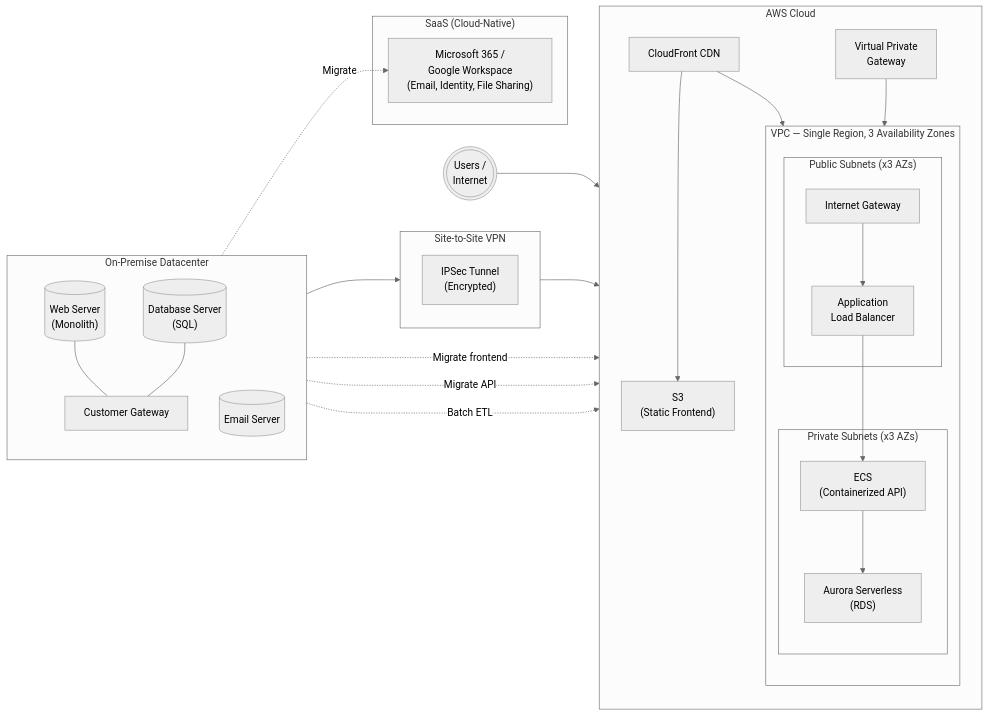
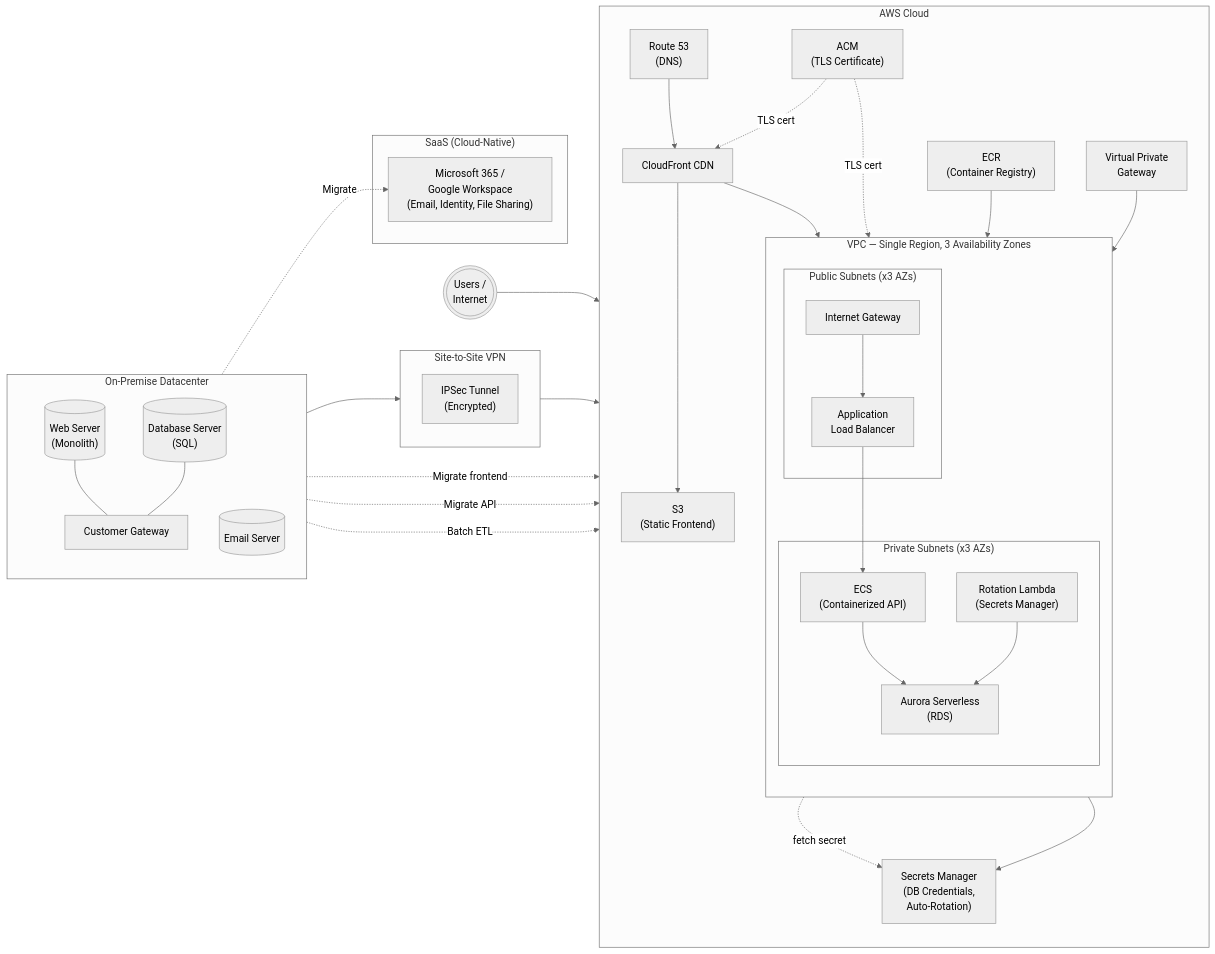
Before and after one commit to cfegela/schilling: the diagram in README.md, drawn with Mermaid (neutral theme). The commit also changed other lines of this file and 31 other files, not shown here.

```diff
--- a/README.md
+++ b/README.md
@@ -22,6 +123,10 @@
     subgraph AWS["AWS Cloud"]
         direction TB
         VGW["Virtual Private\nGateway"]
+        R53["Route 53\n(DNS)"]
+        ACM["ACM\n(TLS Certificate)"]
+        SM["Secrets Manager\n(DB Credentials,\nAuto-Rotation)"]
+        ECR["ECR\n(Container Registry)"]
 
         subgraph VPC["VPC — Single Region, 3 Availability Zones"]
             direction TB
@@ -34,6 +139,7 @@
             subgraph Private["Private Subnets (x3 AZs)"]
                 ECS["ECS\n(Containerized API)"]
                 Aurora["Aurora Serverless\n(RDS)"]
+                RotLambda["Rotation Lambda\n(Secrets Manager)"]
             end
         end
 
@@ -45,13 +151,26 @@
         M365["Microsoft 365 /\nGoogle Workspace\n(Email, Identity, File Sharing)"]
     end
 
-    %% User traffic
-    Users --> CF
+    %% User traffic (DNS → CDN → origins)
+    Users --> R53
+    R53 --> CF
     CF --> S3
     CF --> ALB
     ALB --> ECS
     ECS --> Aurora
     IGW --> ALB
+
+    %% TLS
+    ACM -. "TLS cert" .-> CF
+    ACM -. "TLS cert" .-> ALB
+
+    %% Container registry
+    ECR --> ECS
+
+    %% Secrets management
+    ECS -. "fetch secret" .-> SM
+    RotLambda --> Aurora
+    RotLambda --> SM
 
     %% VPN connection
     CGW --> VPNTUNNEL --> VGW
```
